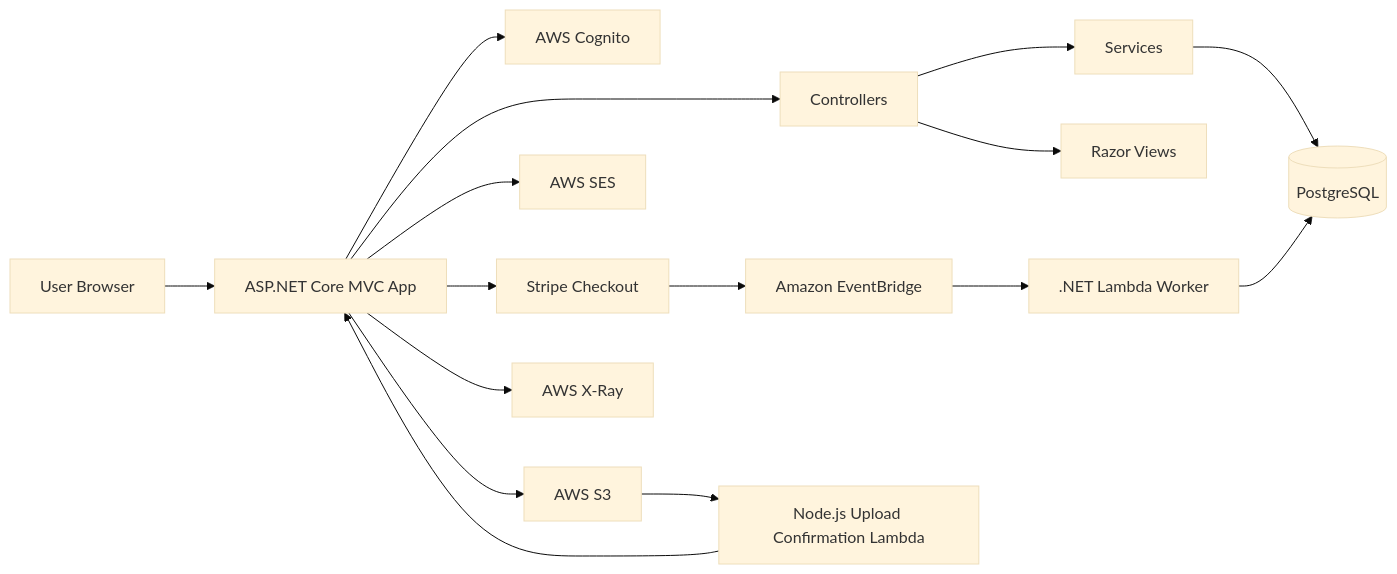
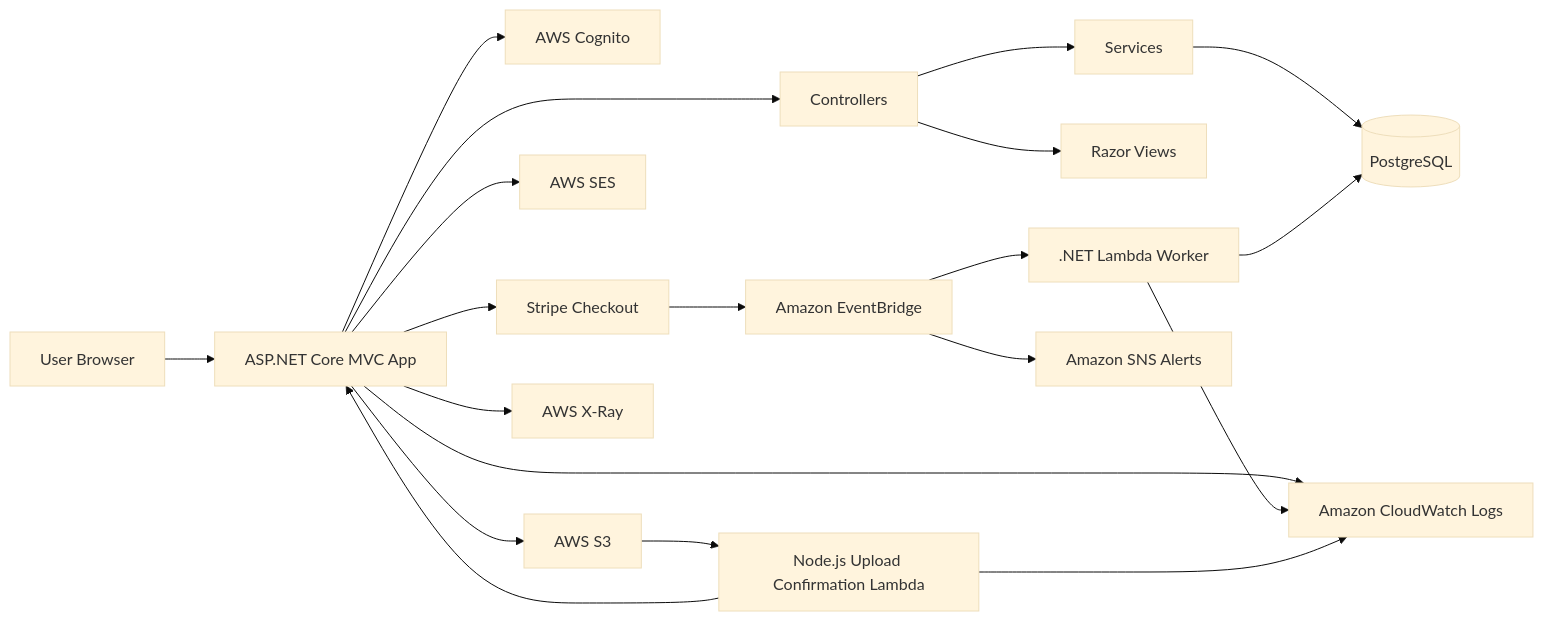
Before and after one commit to kairui1012/SuperNiubi_AWS_PROJECT: the first of 3 diagrams in docs/project-structure-presentation.md, drawn with Mermaid (base theme). The commit also changed other lines of this file and 9 other files, not shown here.

````diff
--- a/docs/project-structure-presentation.md
+++ b/docs/project-structure-presentation.md
@@ -50,18 +50,22 @@
 ```mermaid
 flowchart LR
     User[User Browser] --> MVC[ASP.NET Core MVC App]
     MVC --> Controllers[Controllers]
     Controllers --> Services[Services]
     Controllers --> Views[Razor Views]
     Services --> DB[(PostgreSQL)]
     MVC --> Cognito[AWS Cognito]
     MVC --> S3[AWS S3]
     MVC --> SES[AWS SES]
     MVC --> Stripe[Stripe Checkout]
     Stripe --> EventBridge[Amazon EventBridge]
     EventBridge --> StripeLambda[.NET Lambda Worker]
     StripeLambda --> DB
+    EventBridge --> SNS[Amazon SNS Alerts]
     S3 --> S3Lambda[Node.js Upload Confirmation Lambda]
     S3Lambda --> MVC
     MVC --> XRay[AWS X-Ray]
+    MVC --> CloudWatch[Amazon CloudWatch Logs]
+    StripeLambda --> CloudWatch
+    S3Lambda --> CloudWatch
 ```
````
